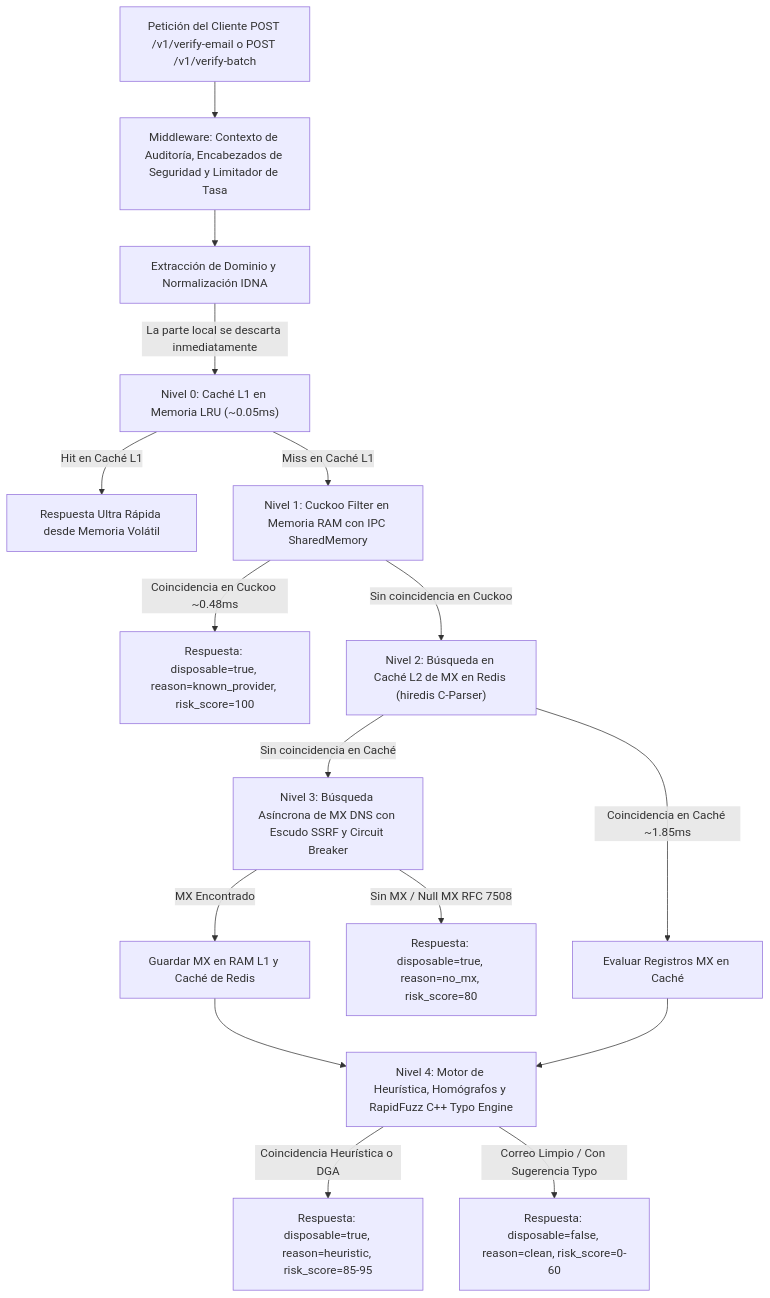
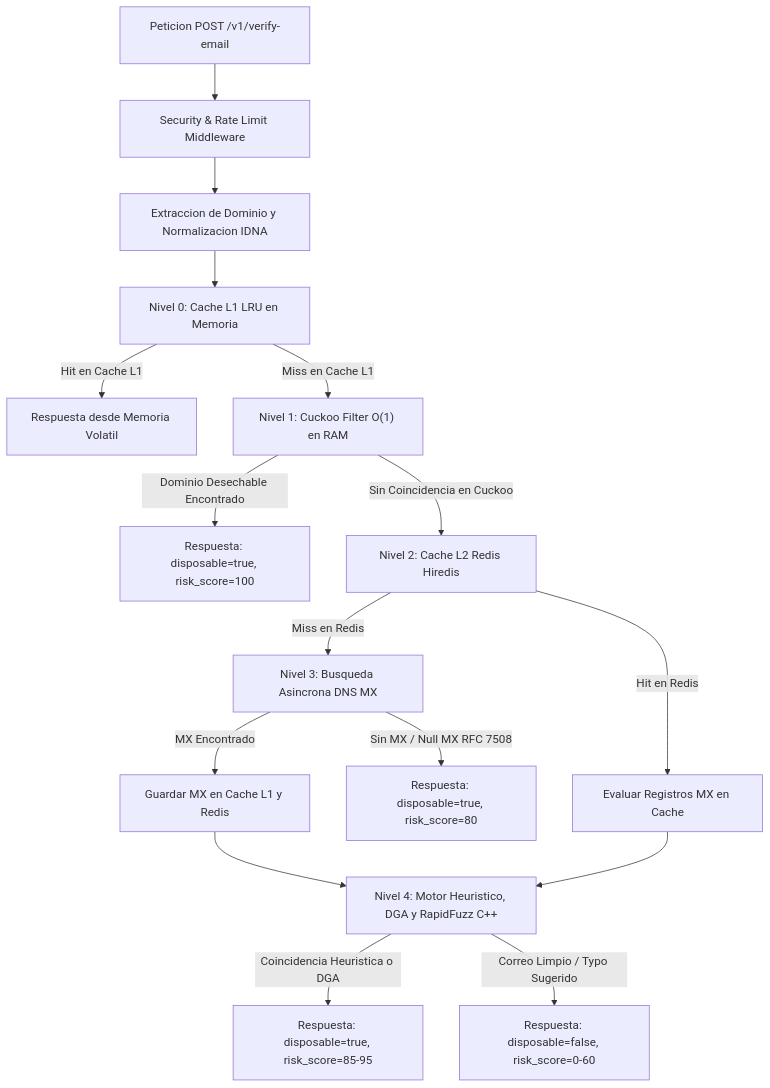
One commit to alonsomaciasm/email-tester-api changed the diagram in README.md. Above: the diagram before and after it, drawn with Mermaid.

Commit message:
fix(docs): sanitize Mermaid diagram syntax for GitHub rendering

````diff
--- a/README.md
+++ b/README.md
@@ -13,23 +13,23 @@
 ```mermaid
-graph TD
-    A["Petición del Cliente POST /v1/verify-email o POST /v1/verify-batch"] --> B["Middleware: Contexto de Auditoría, Encabezados de Seguridad y Limitador de Tasa"]
-    B --> C["Extracción de Dominio y Normalización IDNA"]
-    C -->|"La parte local se descarta inmediatamente"| D["Nivel 0: Caché L1 en Memoria LRU (~0.05ms)"]
+flowchart TD
+    A["Peticion POST /v1/verify-email"] --> B["Security & Rate Limit Middleware"]
+    B --> C["Extraccion de Dominio y Normalizacion IDNA"]
+    C --> D["Nivel 0: Cache L1 LRU en Memoria"]
     
-    D -->|"Hit en Caché L1"| E["Respuesta Ultra Rápida desde Memoria Volátil"]
-    D -->|"Miss en Caché L1"| F["Nivel 1: Cuckoo Filter en Memoria RAM con IPC SharedMemory"]
+    D -->|"Hit en Cache L1"| E["Respuesta desde Memoria Volatil"]
+    D -->|"Miss en Cache L1"| F["Nivel 1: Cuckoo Filter O(1) en RAM"]
     
-    F -->|"Coincidencia en Cuckoo ~0.48ms"| G["Respuesta: disposable=true, reason=known_provider, risk_score=100"]
-    F -->|"Sin coincidencia en Cuckoo"| H["Nivel 2: Búsqueda en Caché L2 de MX en Redis (hiredis C-Parser)"]
+    F -->|"Dominio Desechable Encontrado"| G["Respuesta: disposable=true, risk_score=100"]
+    F -->|"Sin Coincidencia en Cuckoo"| H["Nivel 2: Cache L2 Redis Hiredis"]
     
-    H -->|"Coincidencia en Caché ~1.85ms"| I["Evaluar Registros MX en Caché"]
-    H -->|"Sin coincidencia en Caché"| J["Nivel 3: Búsqueda Asíncrona de MX DNS con Escudo SSRF y Circuit Breaker"]
+    H -->|"Hit en Redis"| I["Evaluar Registros MX en Cache"]
+    H -->|"Miss en Redis"| J["Nivel 3: Busqueda Asincrona DNS MX"]
     
-    J -->|"Sin MX / Null MX RFC 7508"| K["Respuesta: disposable=true, reason=no_mx, risk_score=80"]
-    J -->|"MX Encontrado"| L["Guardar MX en RAM L1 y Caché de Redis"]
-    L --> M["Nivel 4: Motor de Heurística, Homógrafos y RapidFuzz C++ Typo Engine"]
+    J -->|"Sin MX / Null MX RFC 7508"| K["Respuesta: disposable=true, risk_score=80"]
+    J -->|"MX Encontrado"| L["Guardar MX en Cache L1 y Redis"]
+    L --> M["Nivel 4: Motor Heuristico, DGA y RapidFuzz C++"]
     I --> M
     
-    M -->|"Coincidencia Heurística o DGA"| N["Respuesta: disposable=true, reason=heuristic, risk_score=85-95"]
-    M -->|"Correo Limpio / Con Sugerencia Typo"| O["Respuesta: disposable=false, reason=clean, risk_score=0-60"]
+    M -->|"Coincidencia Heuristica o DGA"| N["Respuesta: disposable=true, risk_score=85-95"]
+    M -->|"Correo Limpio / Typo Sugerido"| O["Respuesta: disposable=false, risk_score=0-60"]
 ```
````
